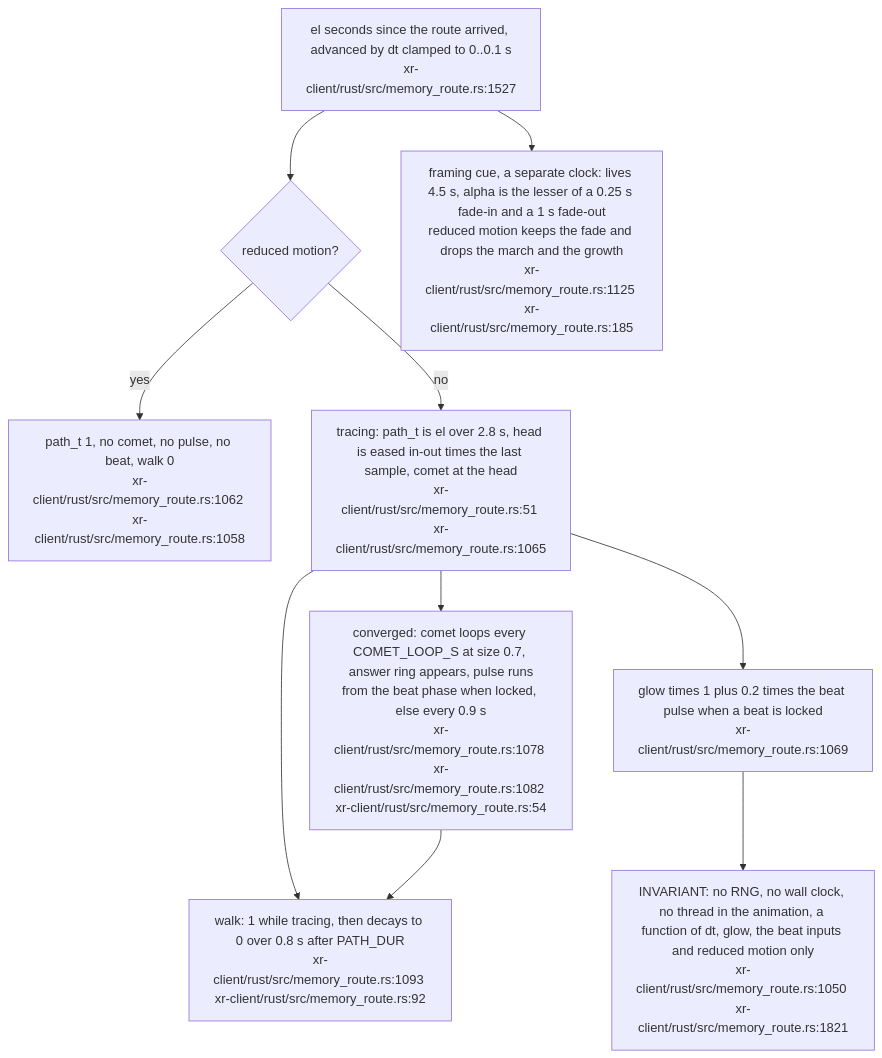
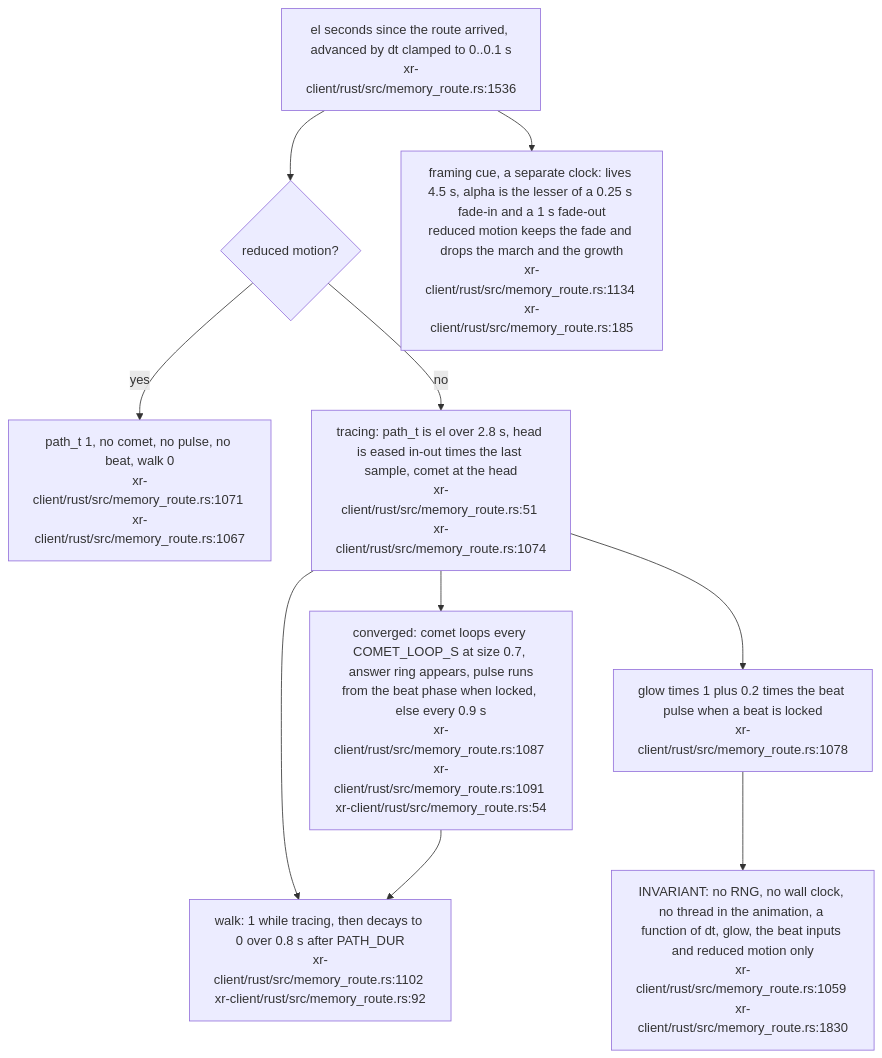
Before and after one commit to DreamLab-AI/VisionFlow: the tenth of 19 diagrams in docs/diagrams/visionclaw/38-xr-memory-cloud-internals.md, drawn with Mermaid. The commit also changed other lines of this file and 160 other files, not shown here.

````diff
--- a/docs/diagrams/visionclaw/38-xr-memory-cloud-internals.md
+++ b/docs/diagrams/visionclaw/38-xr-memory-cloud-internals.md
@@ -426,20 +426,20 @@
 ```mermaid
 flowchart TB
-    EL["el seconds since the route arrived, advanced by dt clamped to 0..0.1 s<br/>xr-client/rust/src/memory_route.rs:1527"]
+    EL["el seconds since the route arrived, advanced by dt clamped to 0..0.1 s<br/>xr-client/rust/src/memory_route.rs:1536"]
     RM{"reduced motion?"}
-    R1["path_t 1, no comet, no pulse, no beat, walk 0<br/>xr-client/rust/src/memory_route.rs:1062 xr-client/rust/src/memory_route.rs:1058"]
-    T1["tracing: path_t is el over 2.8 s, head is eased in-out times the last sample, comet at the head<br/>xr-client/rust/src/memory_route.rs:51 xr-client/rust/src/memory_route.rs:1065"]
-    T2["converged: comet loops every COMET_LOOP_S at size 0.7, answer ring appears, pulse runs<br/>from the beat phase when locked, else every 0.9 s<br/>xr-client/rust/src/memory_route.rs:1078 xr-client/rust/src/memory_route.rs:1082 xr-client/rust/src/memory_route.rs:54"]
-    W1["walk: 1 while tracing, then decays to 0 over 0.8 s after PATH_DUR<br/>xr-client/rust/src/memory_route.rs:1093 xr-client/rust/src/memory_route.rs:92"]
-    G1["glow times 1 plus 0.2 times the beat pulse when a beat is locked<br/>xr-client/rust/src/memory_route.rs:1069"]
-    CU["framing cue, a separate clock: lives 4.5 s, alpha is the lesser of a 0.25 s fade-in and a 1 s fade-out<br/>reduced motion keeps the fade and drops the march and the growth<br/>xr-client/rust/src/memory_route.rs:1125 xr-client/rust/src/memory_route.rs:185"]
+    R1["path_t 1, no comet, no pulse, no beat, walk 0<br/>xr-client/rust/src/memory_route.rs:1071 xr-client/rust/src/memory_route.rs:1067"]
+    T1["tracing: path_t is el over 2.8 s, head is eased in-out times the last sample, comet at the head<br/>xr-client/rust/src/memory_route.rs:51 xr-client/rust/src/memory_route.rs:1074"]
+    T2["converged: comet loops every COMET_LOOP_S at size 0.7, answer ring appears, pulse runs<br/>from the beat phase when locked, else every 0.9 s<br/>xr-client/rust/src/memory_route.rs:1087 xr-client/rust/src/memory_route.rs:1091 xr-client/rust/src/memory_route.rs:54"]
+    W1["walk: 1 while tracing, then decays to 0 over 0.8 s after PATH_DUR<br/>xr-client/rust/src/memory_route.rs:1102 xr-client/rust/src/memory_route.rs:92"]
+    G1["glow times 1 plus 0.2 times the beat pulse when a beat is locked<br/>xr-client/rust/src/memory_route.rs:1078"]
+    CU["framing cue, a separate clock: lives 4.5 s, alpha is the lesser of a 0.25 s fade-in and a 1 s fade-out<br/>reduced motion keeps the fade and drops the march and the growth<br/>xr-client/rust/src/memory_route.rs:1134 xr-client/rust/src/memory_route.rs:185"]
     EL --> RM
     RM -->|yes| R1
     RM -->|no| T1 --> T2
     T1 --> W1
     T2 --> W1
     T1 --> G1
     EL --> CU
-    INV["INVARIANT: no RNG, no wall clock, no thread in the animation, a function of dt, glow, the beat inputs and reduced motion only<br/>xr-client/rust/src/memory_route.rs:1050 xr-client/rust/src/memory_route.rs:1821"]
+    INV["INVARIANT: no RNG, no wall clock, no thread in the animation, a function of dt, glow, the beat inputs and reduced motion only<br/>xr-client/rust/src/memory_route.rs:1059 xr-client/rust/src/memory_route.rs:1830"]
     G1 --> INV
 ```
````
